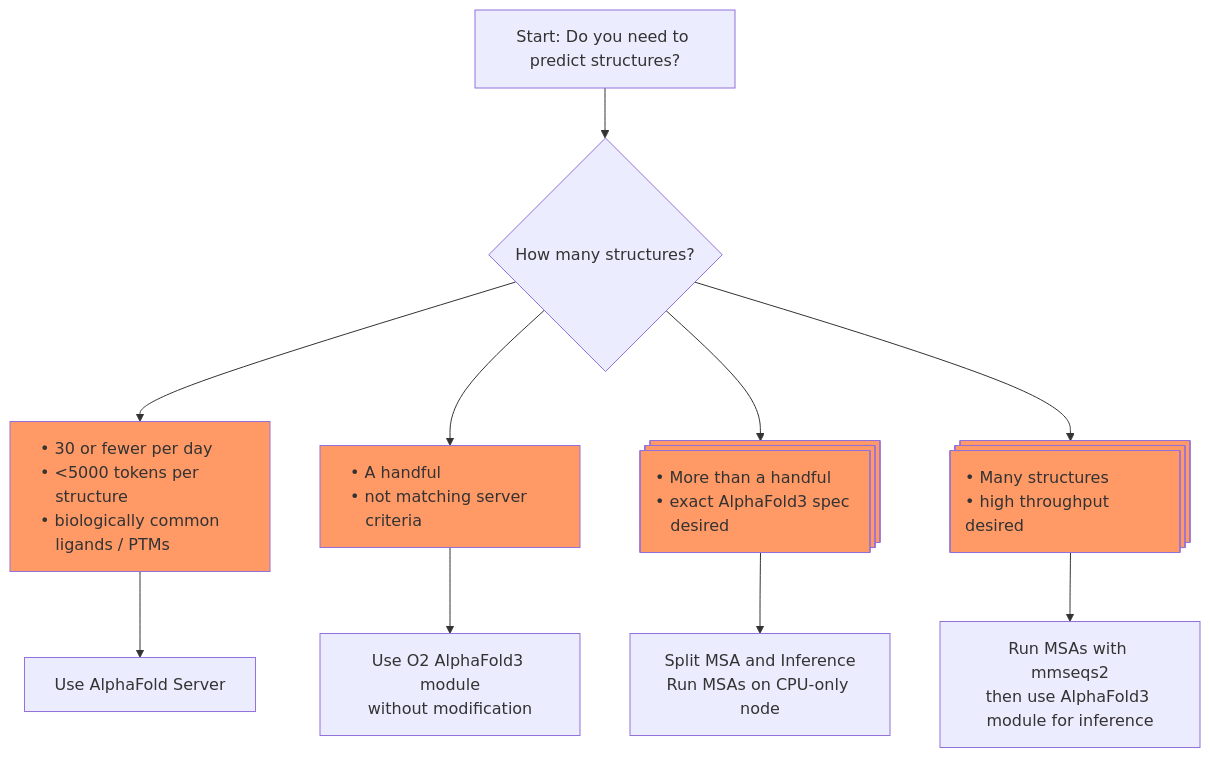
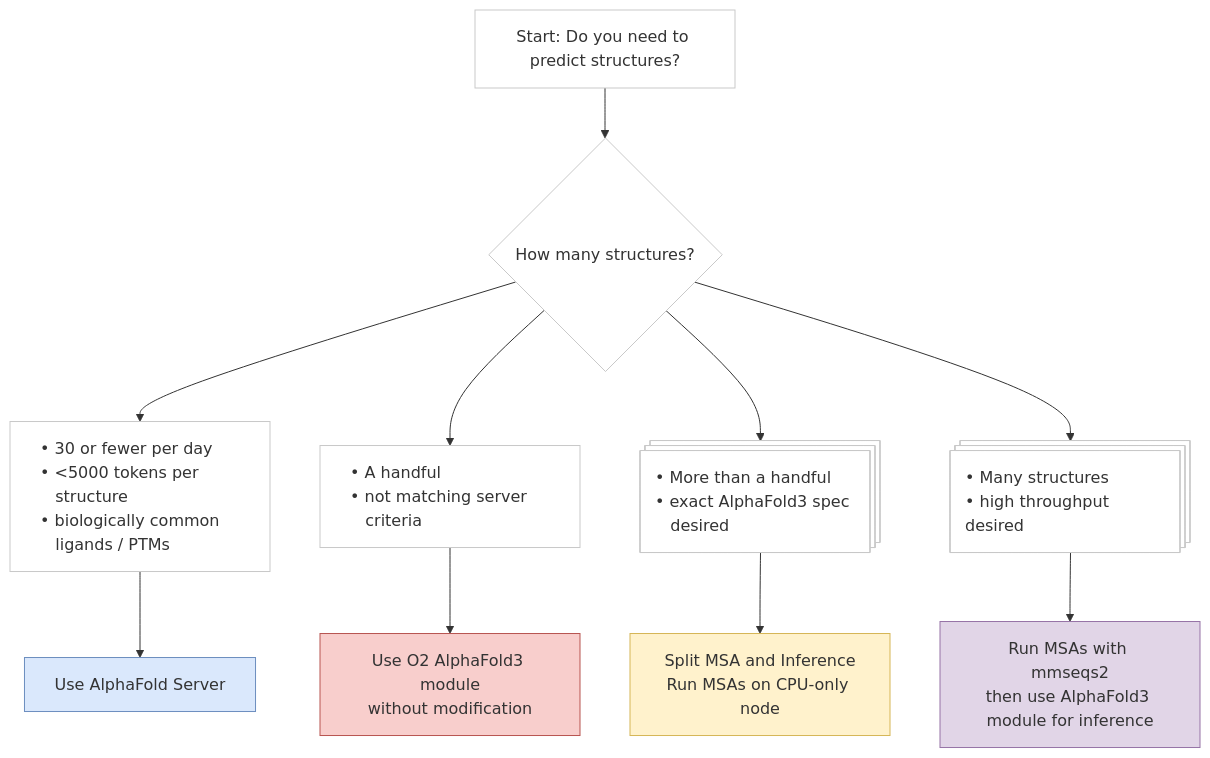
The diagram in examples/workshop/README.md (ccb-hms/ccbfold), drawn with Mermaid before and after one commit.

Commit message:
edit diagram colors

````diff
--- a/examples/workshop/README.md
+++ b/examples/workshop/README.md
@@ -570,9 +570,14 @@
 ```mermaid
 flowchart TD
-    A[Start: Do you need to predict structures?] --> B{How many structures?}
-    B --> C:::reqs@{shape: "rect", label: "#8226; 30 or fewer per day<br/>#8226; <5000 tokens per &nbsp;&nbsp;&nbsp;structure<br/>#8226; biologically common &nbsp;&nbsp;&nbsp;ligands / PTMs"} --> D[Use AlphaFold Server]
-    B --> E:::reqs@{shape: "rect", label: "#8226; A handful<br/>#8226; not matching server &nbsp;&nbsp;&nbsp;criteria"} --> F[Use O2 AlphaFold3 module<br/>without modification]
-    B --> G:::reqs@{shape: "st-rect", label: "#8226; More than a handful<br/>#8226; exact AlphaFold3 spec &nbsp;&nbsp;&nbsp;desired"} --> H[Split MSA and Inference<br/>Run MSAs on CPU-only node]
-    B --> I:::reqs@{shape: "st-rect", label: "#8226; Many structures<br/>#8226; high throughput desired"} --> J[Run MSAs with mmseqs2<br/>then use AlphaFold3 module for inference]
-    classDef reqs fill:#f96,text-align: left;
+    A:::start@{label: "Start: Do you need to predict structures?"} --> B:::start@{shape: "diamond", label: "How many structures?"}
+    B --> C:::reqs@{shape: "rect", label: "#8226; 30 or fewer per day<br/>#8226; <5000 tokens per &nbsp;&nbsp;&nbsp;structure<br/>#8226; biologically common &nbsp;&nbsp;&nbsp;ligands / PTMs"} --> D:::server@{shape: "rect", label: "Use AlphaFold Server"}
+    B --> E:::reqs@{shape: "rect", label: "#8226; A handful<br/>#8226; not matching server &nbsp;&nbsp;&nbsp;criteria"} --> F:::o2@{shape: "rect", label: "Use O2 AlphaFold3 module<br/>without modification"}
+    B --> G:::reqs@{shape: "st-rect", label: "#8226; More than a handful<br/>#8226; exact AlphaFold3 spec &nbsp;&nbsp;&nbsp;desired"} --> H:::splitMsa@{shape: "rect", label: "Split MSA and Inference<br/>Run MSAs on CPU-only node"}
+    B --> I:::reqs@{shape: "st-rect", label: "#8226; Many structures<br/>#8226; high throughput desired"} --> J:::mmseqs2@{shape: "rect", label: "Run MSAs with mmseqs2<br/>then use AlphaFold3 module for inference"}
+    classDef reqs fill:#fff,stroke:#C9C9C9,text-align:left;
+    classDef server fill:#DAE8FC,stroke:#6C8EBF;
+    classDef o2 fill:#F8CECC,stroke:#B85450;
+    classDef splitMsa fill:#FFF2CC,stroke:#D6B656;
+    classDef mmseqs2 fill:#E1D5E7,stroke:#9673A6;
+    classDef start fill: #fff, stroke:#C9C9C9; 
 ```
````
